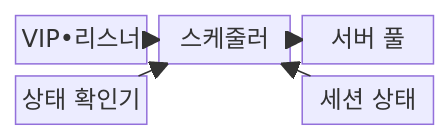
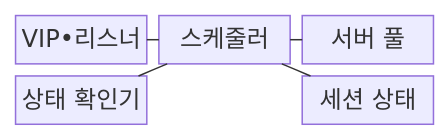
Before and after one commit to agnusdei1207/knowledge-base: the first of 2 diagrams in src/content/docs/notes/04-network/019_load_balancer_l4_l7.md, drawn with Mermaid. The commit also changed other lines of this file and 493 other files, not shown here.

````diff
--- a/src/content/docs/notes/04-network/019_load_balancer_l4_l7.md
+++ b/src/content/docs/notes/04-network/019_load_balancer_l4_l7.md
@@ -67,14 +67,14 @@
 ```mermaid
 block-beta
     columns 3
     VIP["VIP•리스너"]
     SCH["스케줄러"]
     POOL["서버 풀"]
     HC["상태 확인기"]
     space
     SESSION["세션 상태"]
-    VIP --> SCH
-    SCH --> POOL
-    HC --> SCH
-    SESSION --> SCH
+    VIP --- SCH
+    SCH --- POOL
+    HC --- SCH
+    SESSION --- SCH
 ```
````
